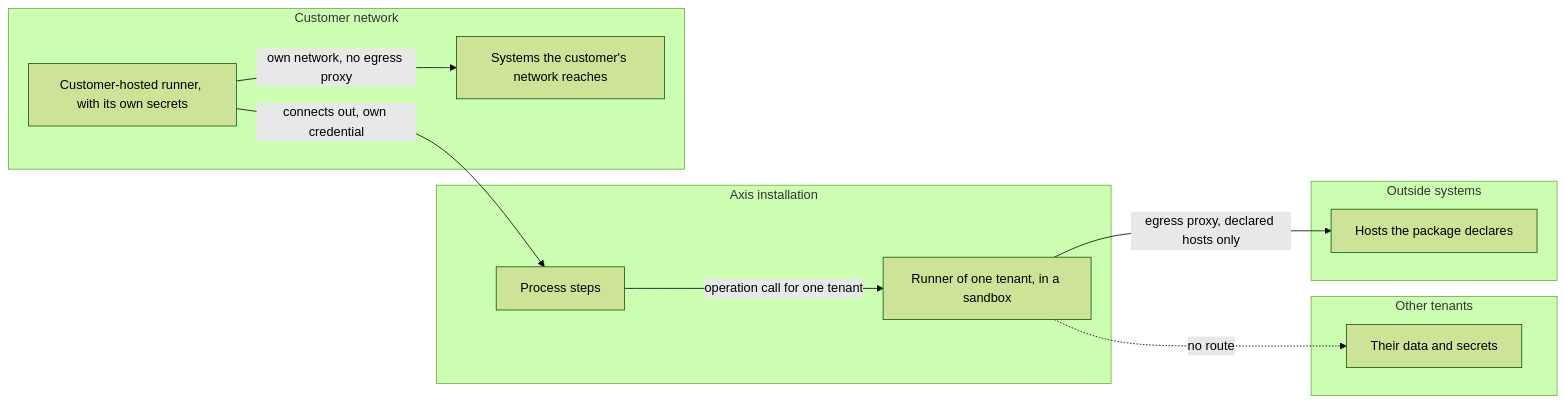
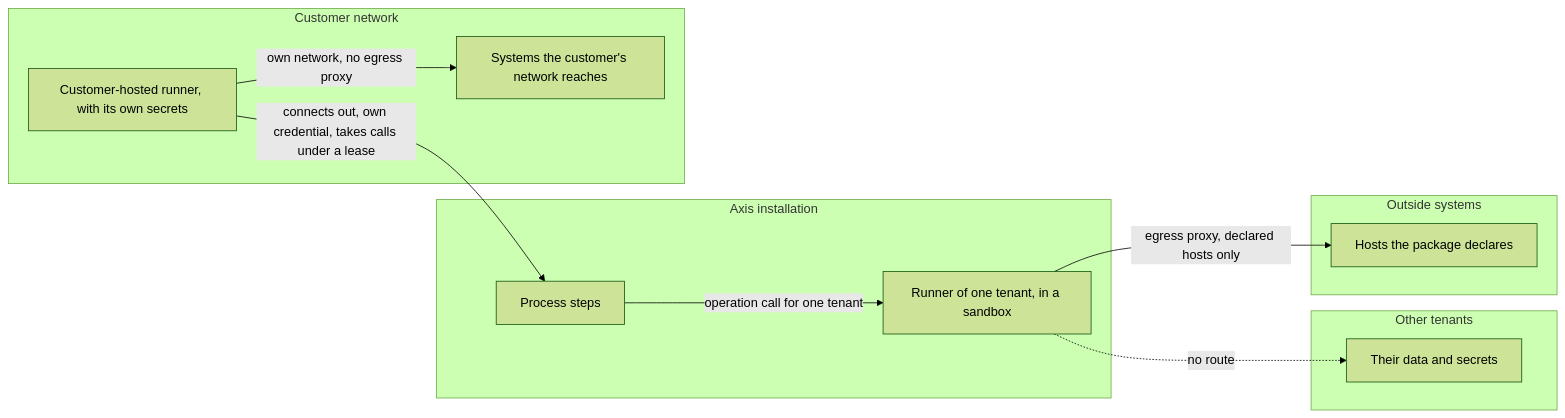
The seventh of 23 diagrams in docs/reference/threat-model-product.md (phuongnse/axis), drawn with Mermaid (forest theme) before and after one commit. The commit also changed other lines of this file and 7 other files, not shown here.

First line of the commit message:
The docs say how a customer-hosted runner signs in, takes its tenant's calls and is revoked (#3914)

````diff
--- a/docs/reference/threat-model-product.md
+++ b/docs/reference/threat-model-product.md
@@ -206,22 +206,22 @@
 ```mermaid
 flowchart LR
     subgraph axis [Axis installation]
         Steps[Process steps]
         Run[Runner of one tenant, in a sandbox]
     end
     subgraph other [Other tenants]
         OtherData[Their data and secrets]
     end
     subgraph customer [Customer network]
         CRun[Customer-hosted runner, with its own secrets]
         CSys[Systems the customer's network reaches]
     end
     subgraph outside [Outside systems]
         Ext[Hosts the package declares]
     end
     Steps -->|operation call for one tenant| Run
     Run -->|egress proxy, declared hosts only| Ext
     Run -. no route .-> OtherData
-    CRun -->|connects out, own credential| Steps
+    CRun -->|connects out, own credential, takes calls under a lease| Steps
     CRun -->|own network, no egress proxy| CSys
 ```
````
